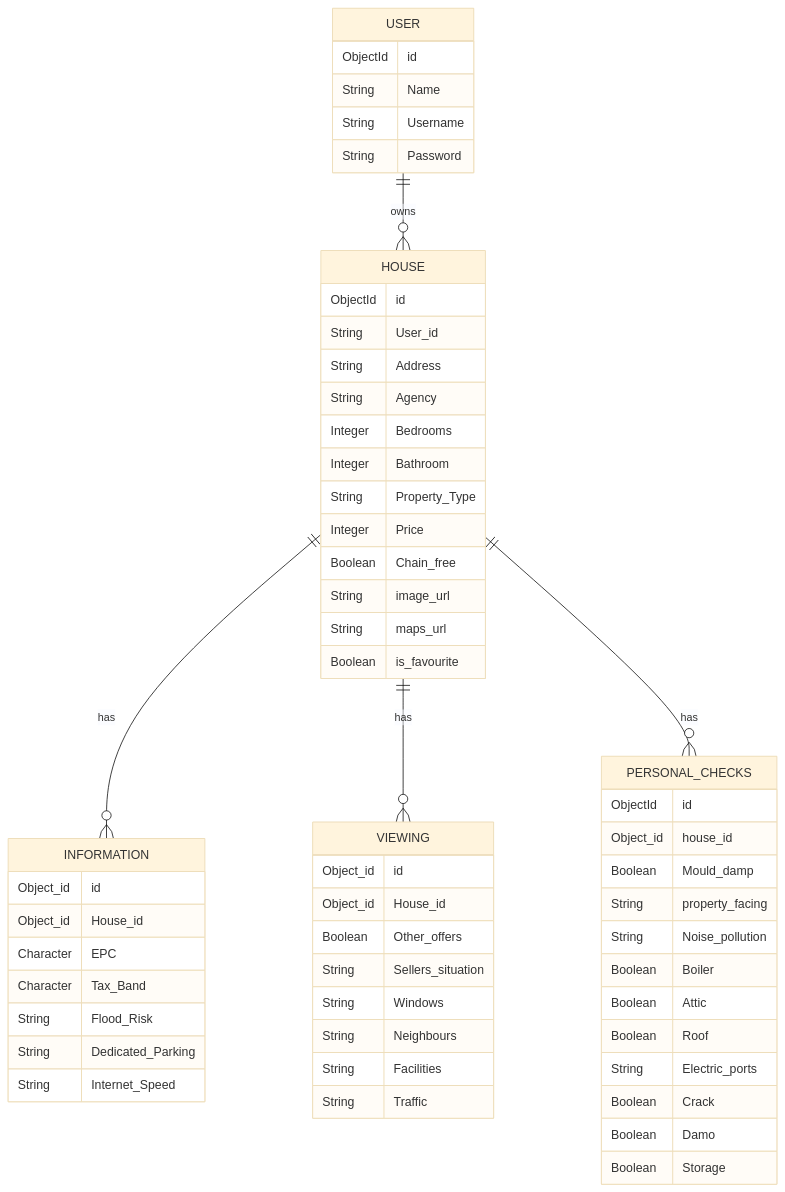
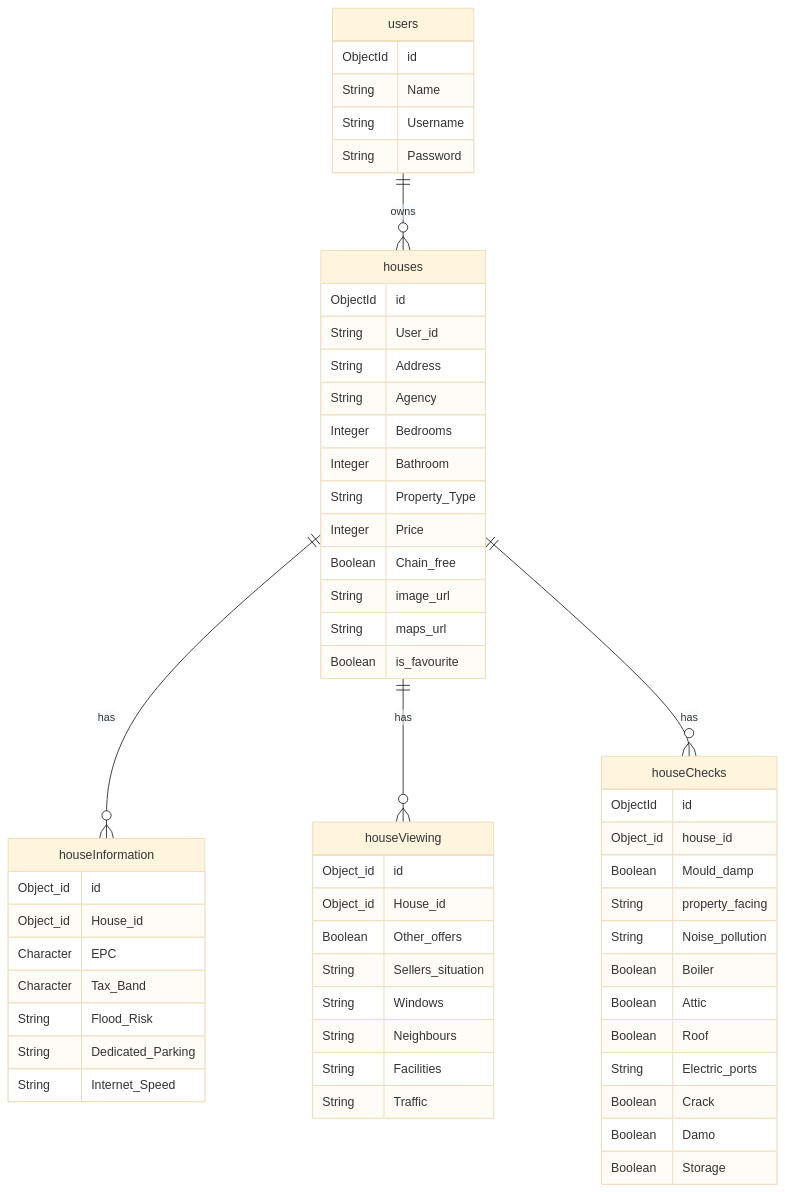
Before and after one commit to mikavir/casa-quest: the diagram in README.md, drawn with Mermaid (base theme).

Commit message:
Update README Mermaid syntax for ERD collections

````diff
--- a/README.md
+++ b/README.md
@@ -421,65 +421,65 @@
 ```mermaid
 erDiagram
-    USER {
+    users {
         ObjectId id
         String Name
         String Username
         String Password
     }
 
-    HOUSE {
+    houses {
         ObjectId id
         String User_id
         String Address
         String Agency
         Integer Bedrooms
         Integer Bathroom
         String Property_Type
         Integer Price
         Boolean Chain_free
         String image_url
         String maps_url
         Boolean is_favourite
     }
 
-    INFORMATION {
+    houseInformation {
         Object_id id
         Object_id House_id
         Character EPC
         Character Tax_Band
         String Flood_Risk
         String Dedicated_Parking
         String Internet_Speed
     }
 
-    VIEWING {
+    houseViewing {
         Object_id id
         Object_id House_id
         Boolean Other_offers
         String Sellers_situation
         String Windows
         String Neighbours
         String Facilities
         String Traffic
     }
 
-    PERSONAL_CHECKS {
+    houseChecks {
         ObjectId id
         Object_id house_id
         Boolean Mould_damp
         String property_facing
         String Noise_pollution
         Boolean Boiler
         Boolean Attic
         Boolean Roof
         String Electric_ports
         Boolean Crack
         Boolean Damo
         Boolean Storage
     }
 
-    USER ||--o{ HOUSE: owns
-    HOUSE ||--o{ INFORMATION: has
-    HOUSE ||--o{ VIEWING: has
-    HOUSE ||--o{ PERSONAL_CHECKS: has
+    users ||--o{ houses: owns
+    houses ||--o{ houseInformation: has
+    houses ||--o{ houseViewing: has
+    houses ||--o{ houseChecks: has
 ```
````
